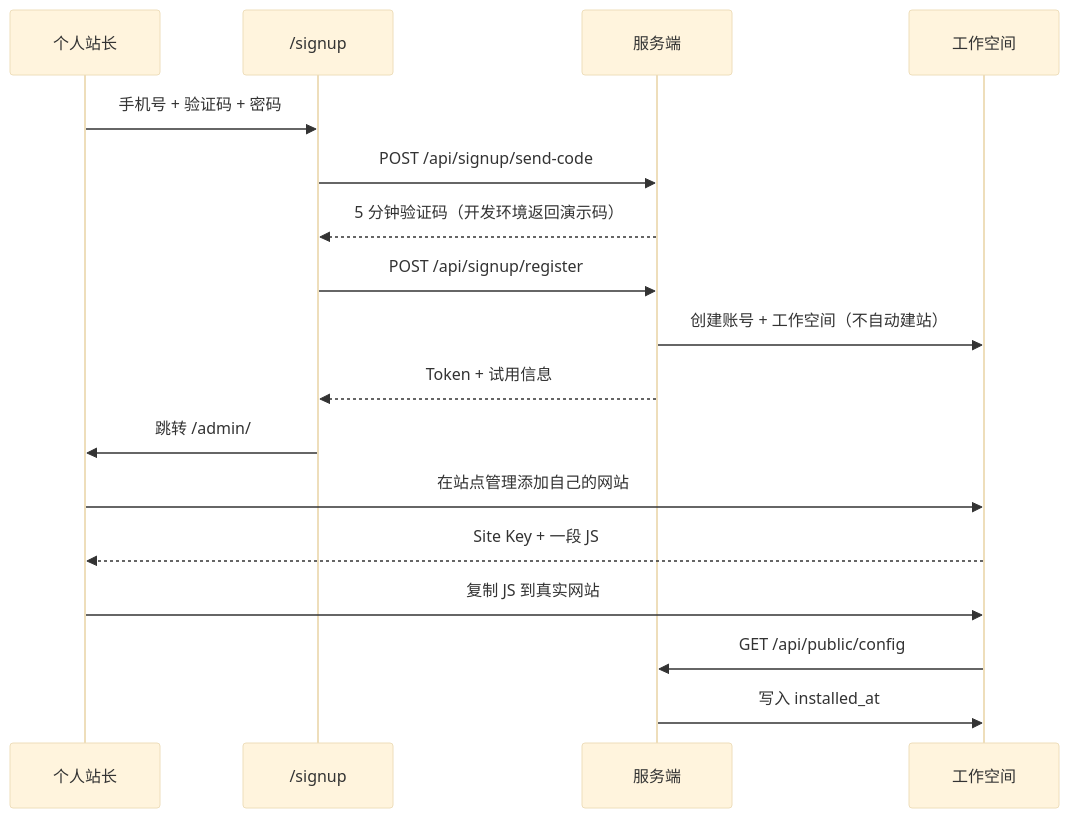
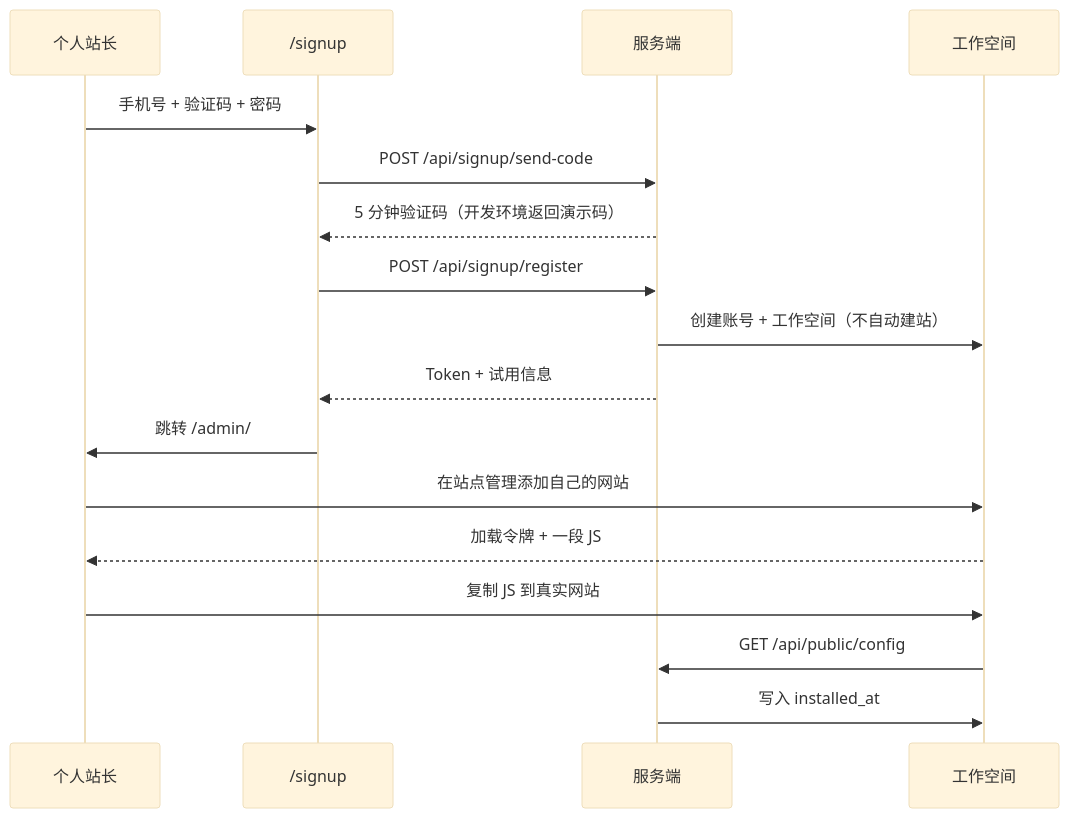
Before and after one commit to wenlibo90/qingzhan-lead-chat-saas: the third of 5 diagrams in docs/ARCHITECTURE.md, drawn with Mermaid (base theme). The commit also changed other lines of this file and 60 other files, not shown here.

````diff
--- a/docs/ARCHITECTURE.md
+++ b/docs/ARCHITECTURE.md
@@ -175,19 +181,19 @@
 ```mermaid
 sequenceDiagram
     participant U as 个人站长
     participant S as /signup
     participant API as 服务端
     participant W as 工作空间
     U->>S: 手机号 + 验证码 + 密码
     S->>API: POST /api/signup/send-code
     API-->>S: 5 分钟验证码（开发环境返回演示码）
     S->>API: POST /api/signup/register
     API->>W: 创建账号 + 工作空间（不自动建站）
     API-->>S: Token + 试用信息
     S->>U: 跳转 /admin/#/onboarding
     U->>W: 在站点管理添加自己的网站
-    W-->>U: Site Key + 一段 JS
+    W-->>U: 加载令牌 + 一段 JS
     U->>W: 复制 JS 到真实网站
     W->>API: GET /api/public/config
     API->>W: 写入 installed_at
 ```
````
